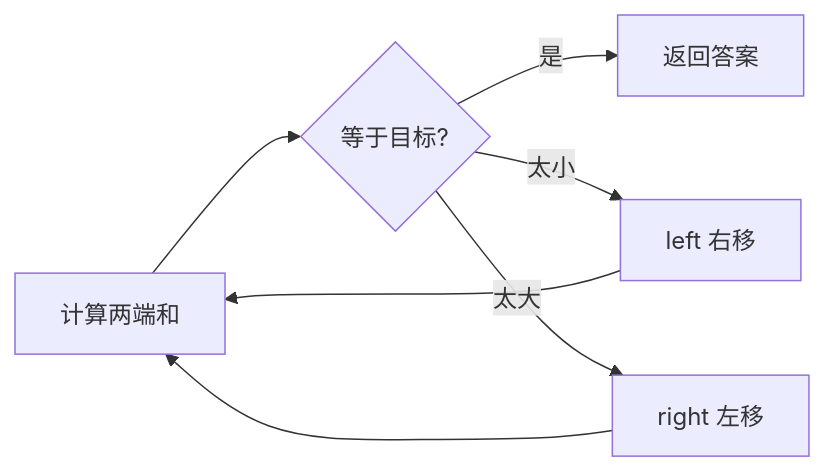
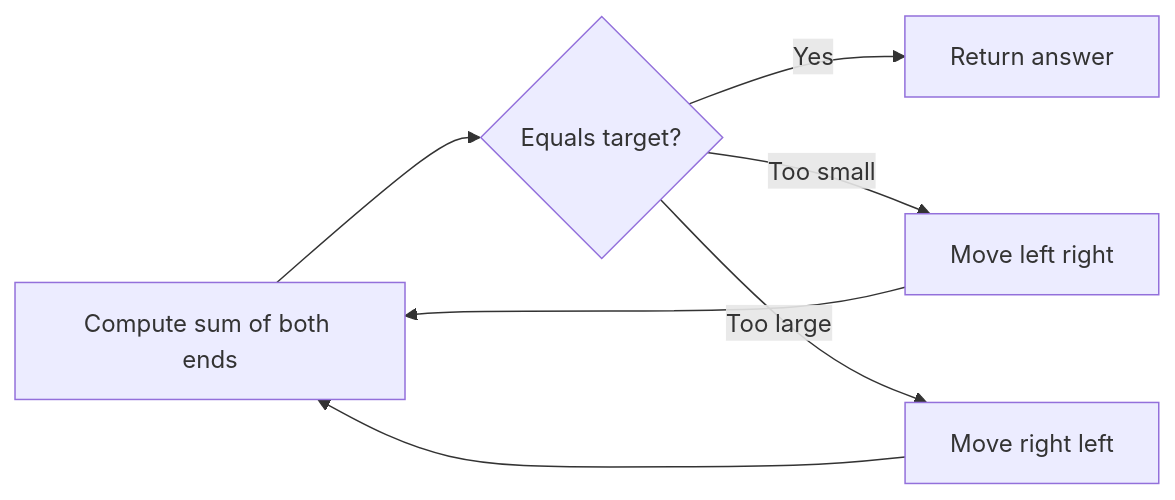
Before and after one commit to HONGLEI111/hhlblog-global: the first of 2 diagrams in src/content/technology/two-pointers-array.md, drawn with Mermaid. The commit also changed other lines of this file and 33 other files, not shown here.

First line of the commit message:
content(code): 翻译 mermaid 图节点标签（34 文件 / 267 处）

````diff
--- a/src/content/technology/two-pointers-array.md
+++ b/src/content/technology/two-pointers-array.md
@@ -46,9 +46,9 @@
 ```mermaid
 graph LR
-    A[计算两端和] --> B{等于目标?}
-    B -->|是| C[返回答案]
-    B -->|太小| D[left 右移]
-    B -->|太大| E[right 左移]
+    A[Compute sum of both ends] --> B{Equals target?}
+    B -->|Yes| C[Return answer]
+    B -->|Too small| D[Move left right]
+    B -->|Too large| E[Move right left]
     D --> A
     E --> A
 ```
````
